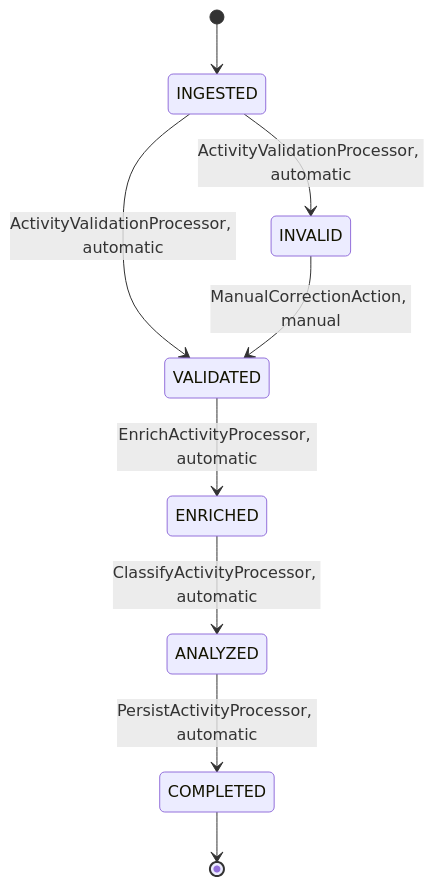
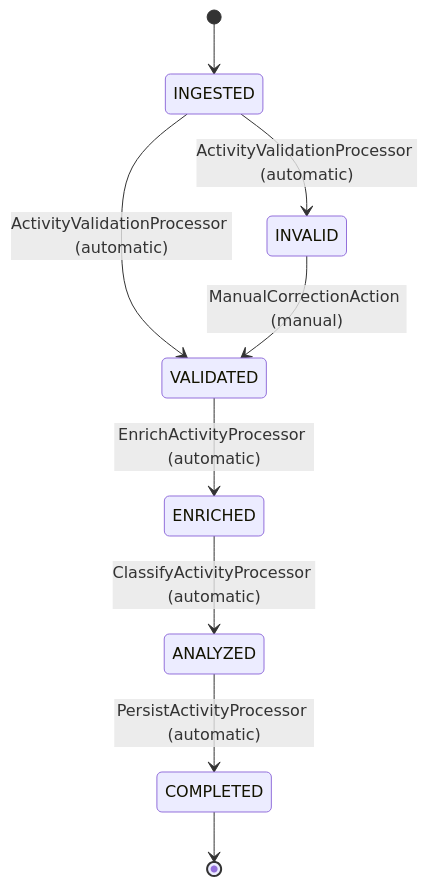
The second of 3 diagrams in src/main/java/com/java_template/prototype/functional_requirement.md (Cyoda-platform/java-client-template), drawn with Mermaid before and after one commit. The commit also changed other lines of this file, not shown here.

````diff
--- a/src/main/java/com/java_template/prototype/functional_requirement.md
+++ b/src/main/java/com/java_template/prototype/functional_requirement.md
@@ -84,11 +172,11 @@
 ```mermaid
 stateDiagram-v2
     [*] --> INGESTED
-    INGESTED --> VALIDATED : ActivityValidationProcessor, automatic
-    INGESTED --> INVALID : ActivityValidationProcessor, automatic
-    VALIDATED --> ENRICHED : EnrichActivityProcessor, automatic
-    ENRICHED --> ANALYZED : ClassifyActivityProcessor, automatic
-    ANALYZED --> COMPLETED : PersistActivityProcessor, automatic
-    INVALID --> VALIDATED : ManualCorrectionAction, manual
+    INGESTED --> VALIDATED : ActivityValidationProcessor (automatic)
+    INGESTED --> INVALID : ActivityValidationProcessor (automatic)
+    VALIDATED --> ENRICHED : EnrichActivityProcessor (automatic)
+    ENRICHED --> ANALYZED : ClassifyActivityProcessor (automatic)
+    ANALYZED --> COMPLETED : PersistActivityProcessor (automatic)
+    INVALID --> VALIDATED : ManualCorrectionAction (manual)
     COMPLETED --> [*]
 ```
````
